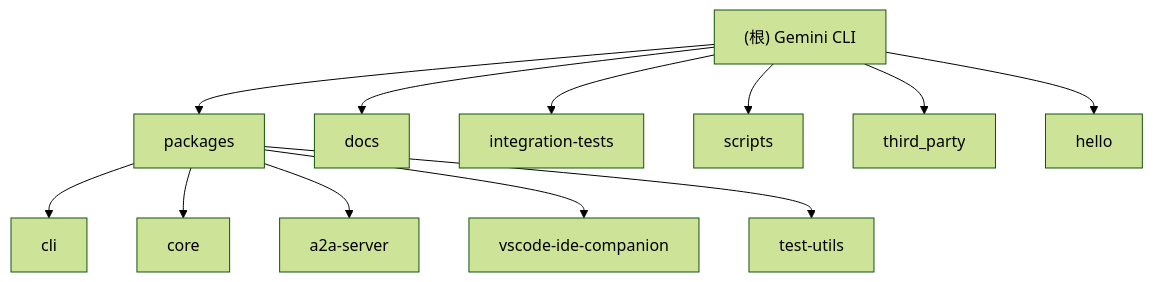
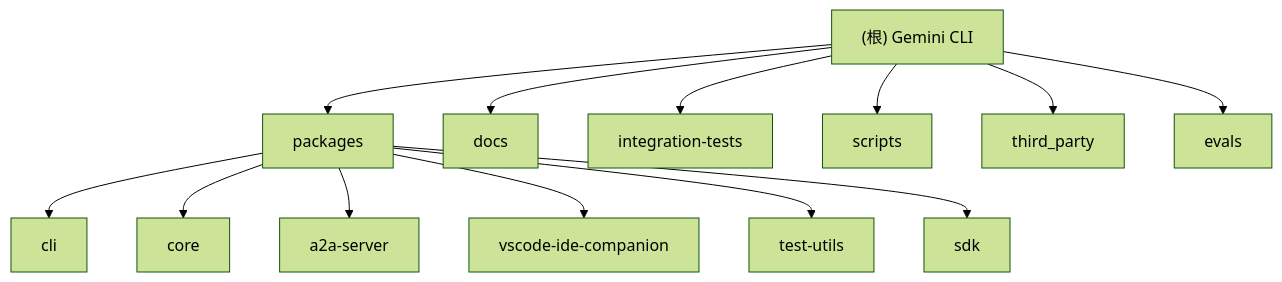
One commit to afanty2021/gemini-cli changed the diagram in CLAUDE.md. Above: the diagram before and after it, drawn with Mermaid (forest theme). The commit also changed other lines of this file, not shown here.

Commit message:
Update CLAUDE.md context documentation

````diff
--- a/CLAUDE.md
+++ b/CLAUDE.md
@@ -56,24 +69,26 @@
 ```mermaid
 graph TD
     A["(根) Gemini CLI"] --> B["packages"];
     B --> C["cli"];
     B --> D["core"];
     B --> E["a2a-server"];
     B --> F["vscode-ide-companion"];
     B --> G["test-utils"];
+    B --> H["sdk"];
 
-    A --> H["docs"];
-    A --> I["integration-tests"];
-    A --> J["scripts"];
-    A --> K["third_party"];
-    A --> L["hello"];
+    A --> I["docs"];
+    A --> J["integration-tests"];
+    A --> K["scripts"];
+    A --> L["third_party"];
+    A --> M["evals"];
 
     click C "./packages/cli/CLAUDE.md" "查看 CLI 模块文档"
     click D "./packages/core/CLAUDE.md" "查看 Core 模块文档"
     click E "./packages/a2a-server/CLAUDE.md" "查看 A2A Server 模块文档"
     click F "./packages/vscode-ide-companion/CLAUDE.md" "查看 VSCode IDE Companion 模块文档"
     click G "./packages/test-utils/CLAUDE.md" "查看 Test Utils 模块文档"
-    click H "./docs/CLAUDE.md" "查看 文档模块"
-    click I "./integration-tests/CLAUDE.md" "查看 集成测试模块"
-    click J "./scripts/CLAUDE.md" "查看 构建脚本模块"
+    click H "./packages/sdk/SDK_DESIGN.md" "查看 SDK 模块文档"
+    click I "./docs/CLAUDE.md" "查看 文档模块"
+    click J "./integration-tests/CLAUDE.md" "查看 集成测试模块"
+    click K "./scripts/CLAUDE.md" "查看 构建脚本模块"
 ```
````
